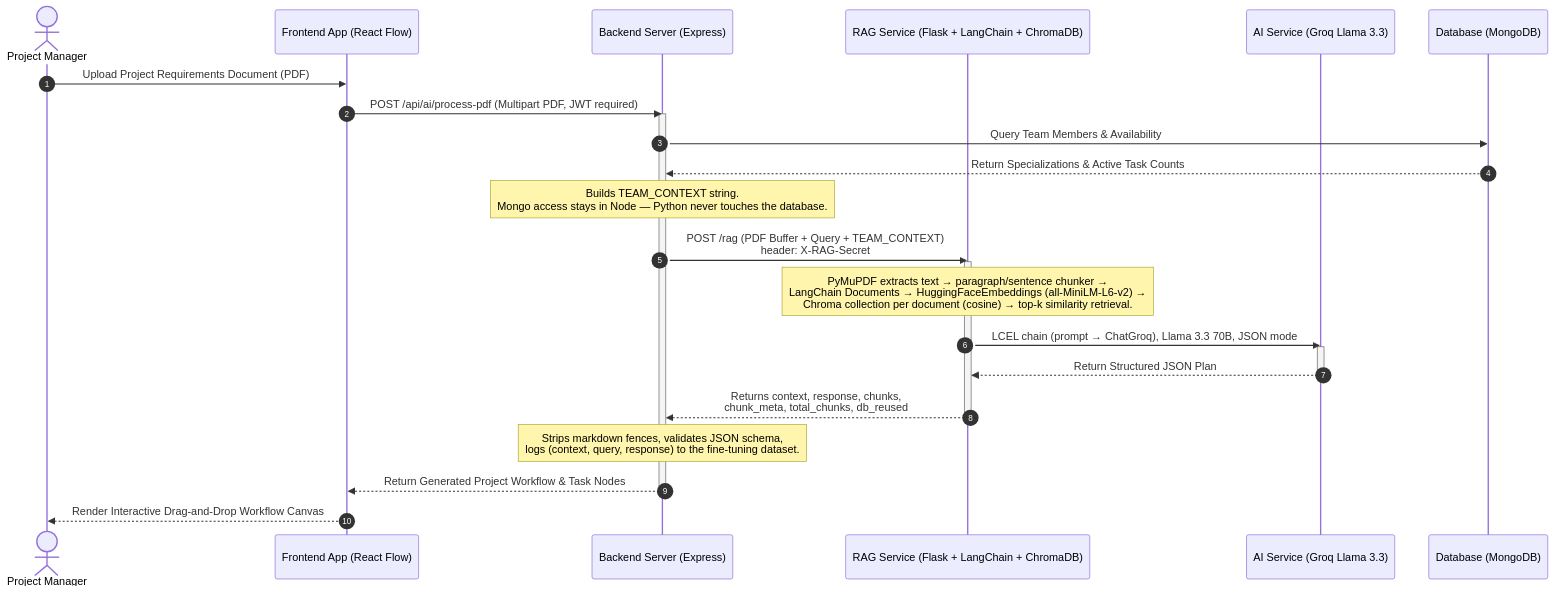
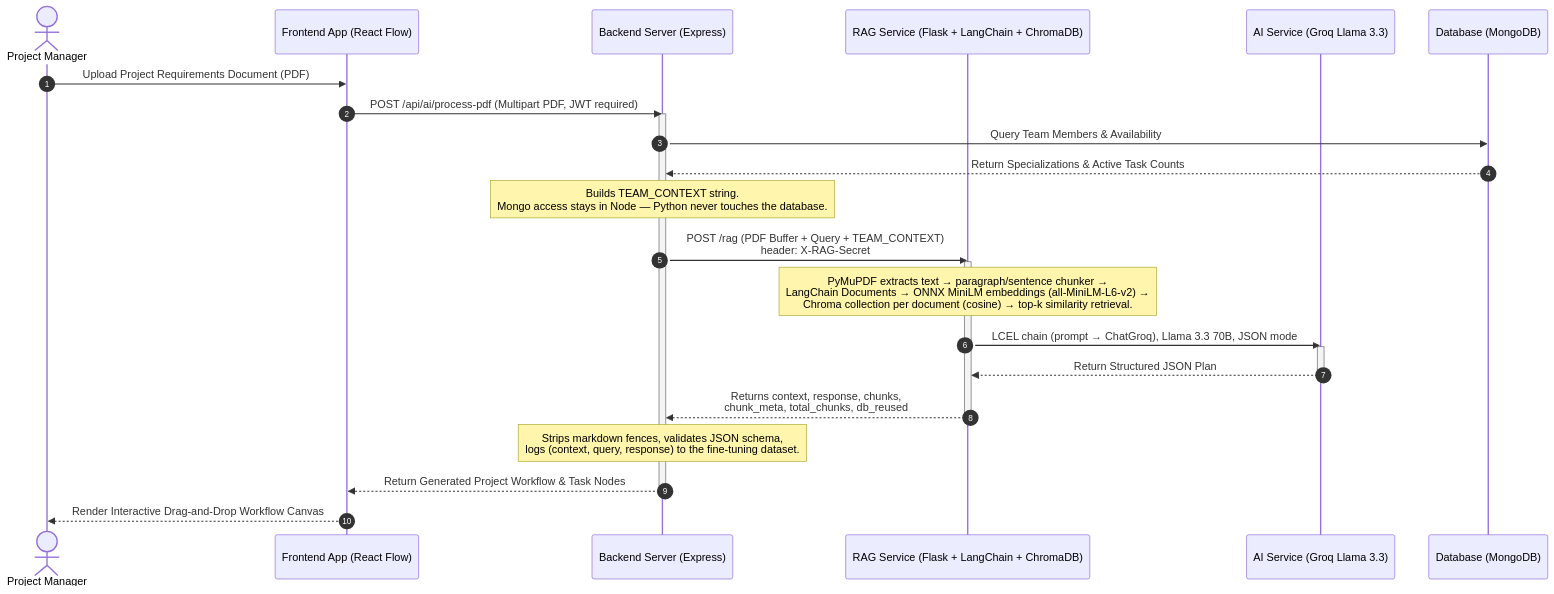
The second of 2 diagrams in README.md (princethakarar/Workflow-Orchestrator), drawn with Mermaid before and after one commit. The commit also changed other lines of this file and 5 other files, not shown here.

First line of the commit message:
Fix Render OOM: replace torch embeddings with ONNX Runtime

````diff
--- a/README.md
+++ b/README.md
@@ -88,30 +88,30 @@
 ```mermaid
 sequenceDiagram
     autonumber
     actor Manager as Project Manager
     participant FE as Frontend App (React Flow)
     participant BE as Backend Server (Express)
     participant RAG as RAG Service (Flask + LangChain + ChromaDB)
     participant Groq as AI Service (Groq Llama 3.3)
     participant DB as Database (MongoDB)
 
     Manager->>FE: Upload Project Requirements Document (PDF)
     FE->>BE: POST /api/ai/process-pdf (Multipart PDF, JWT required)
     activate BE
     BE->>DB: Query Team Members & Availability
     DB-->>BE: Return Specializations & Active Task Counts
     Note over BE: Builds TEAM_CONTEXT string.<br/>Mongo access stays in Node — Python never touches the database.
     BE->>RAG: POST /rag (PDF Buffer + Query + TEAM_CONTEXT)<br/>header: X-RAG-Secret
     activate RAG
-    Note over RAG: PyMuPDF extracts text → paragraph/sentence chunker →<br/>LangChain Documents → HuggingFaceEmbeddings (all-MiniLM-L6-v2) →<br/>Chroma collection per document (cosine) → top-k similarity retrieval.
+    Note over RAG: PyMuPDF extracts text → paragraph/sentence chunker →<br/>LangChain Documents → ONNX MiniLM embeddings (all-MiniLM-L6-v2) →<br/>Chroma collection per document (cosine) → top-k similarity retrieval.
     RAG->>Groq: LCEL chain (prompt → ChatGroq), Llama 3.3 70B, JSON mode
     activate Groq
     Groq-->>RAG: Return Structured JSON Plan
     deactivate Groq
     RAG-->>BE: Returns context, response, chunks,<br/>chunk_meta, total_chunks, db_reused
     deactivate RAG
     Note over BE: Strips markdown fences, validates JSON schema,<br/>logs (context, query, response) to the fine-tuning dataset.
     BE-->>FE: Return Generated Project Workflow & Task Nodes
     deactivate BE
     FE-->>Manager: Render Interactive Drag-and-Drop Workflow Canvas
 ```
````
